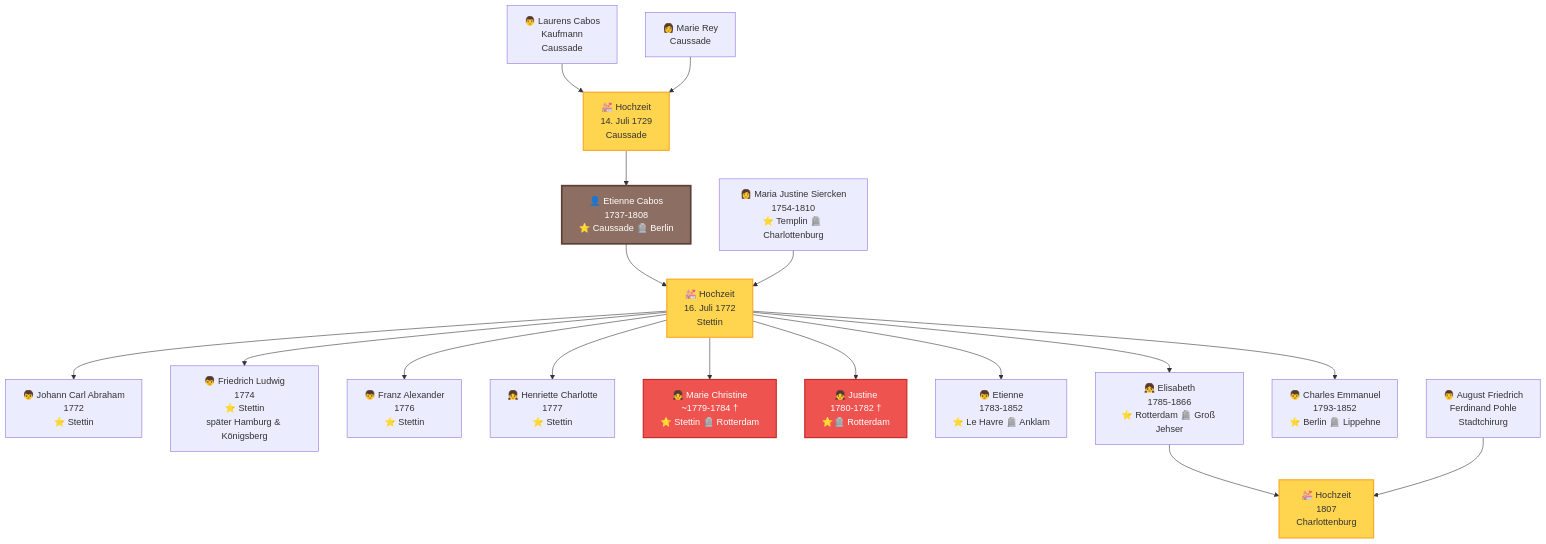
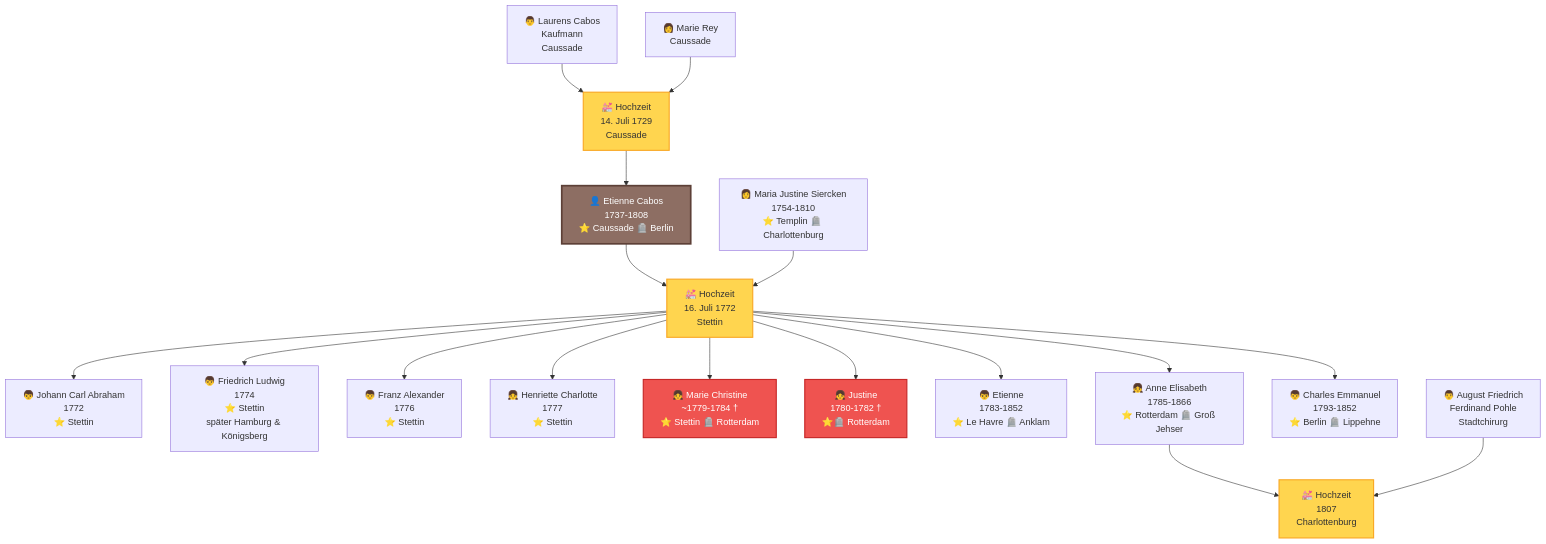
Before and after one commit to ccabos/Etienne: the first of 2 diagrams in docs/stammbaum.md, drawn with Mermaid. The commit also changed other lines of this file, not shown here.

First line of the commit message:
Update Stammbaum with Anne Elisabeth links

````diff
--- a/docs/stammbaum.md
+++ b/docs/stammbaum.md
@@ -9,34 +9,34 @@
 ```mermaid
 graph TD
     A["👨 Laurens Cabos<br/>Kaufmann<br/>Caussade"] --> H1["💒 Hochzeit<br/>14. Juli 1729<br/>Caussade"]
     B["👩 Marie Rey<br/>Caussade"] --> H1
 
     H1 --> C["👤 Etienne Cabos<br/>1737-1808<br/>⭐ Caussade 🪦 Berlin"]
 
     C --> H2["💒 Hochzeit<br/>16. Juli 1772<br/>Stettin"]
     D["👩 Maria Justine Siercken<br/>1754-1810<br/>⭐ Templin 🪦 Charlottenburg"] --> H2
 
     H2 --> E1["👦 Johann Carl Abraham<br/>1772<br/>⭐ Stettin"]
     H2 --> E2["👦 Friedrich Ludwig<br/>1774<br/>⭐ Stettin<br/>später Hamburg & Königsberg"]
     H2 --> E3["👦 Franz Alexander<br/>1776<br/>⭐ Stettin"]
     H2 --> E4["👧 Henriette Charlotte<br/>1777<br/>⭐ Stettin"]
     H2 --> E5["👧 Marie Christine<br/>~1779-1784 †<br/>⭐ Stettin 🪦 Rotterdam"]
     H2 --> E6["👧 Justine<br/>1780-1782 †<br/>⭐🪦 Rotterdam"]
     H2 --> E7["👦 Etienne<br/>1783-1852<br/>⭐ Le Havre 🪦 Anklam"]
-    H2 --> E8["👧 Elisabeth<br/>1785-1866<br/>⭐ Rotterdam 🪦 Groß Jehser"]
+    H2 --> E8["👧 Anne Elisabeth<br/>1785-1866<br/>⭐ Rotterdam 🪦 Groß Jehser"]
     H2 --> E9["👦 Charles Emmanuel<br/>1793-1852<br/>⭐ Berlin 🪦 Lippehne"]
 
     E8 --> H3["💒 Hochzeit<br/>1807<br/>Charlottenburg"]
     F["👨 August Friedrich<br/>Ferdinand Pohle<br/>Stadtchirurg"] --> H3
 
     style C fill:#8d6e63,stroke:#5d4037,stroke-width:3px,color:#fff
     style E5 fill:#ef5350,stroke:#c62828,stroke-width:2px,color:#fff
     style E6 fill:#ef5350,stroke:#c62828,stroke-width:2px,color:#fff
     style H1 fill:#ffd54f,stroke:#f9a825,stroke-width:2px
     style H2 fill:#ffd54f,stroke:#f9a825,stroke-width:2px
     style H3 fill:#ffd54f,stroke:#f9a825,stroke-width:2px
 
     classDef mainPerson fill:#8d6e63,stroke:#5d4037,stroke-width:3px,color:#fff
     classDef deceased fill:#ef5350,stroke:#c62828,stroke-width:2px,color:#fff
     classDef marriage fill:#ffd54f,stroke:#f9a825,stroke-width:2px
 ```
````
